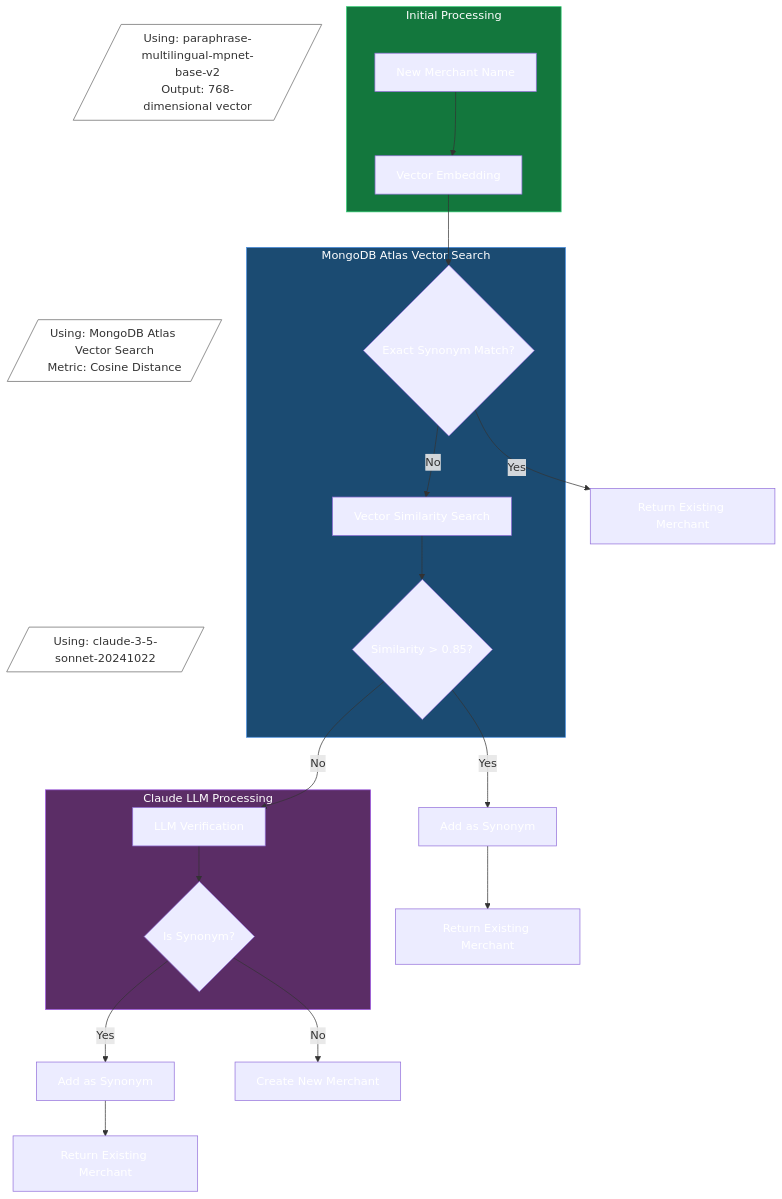
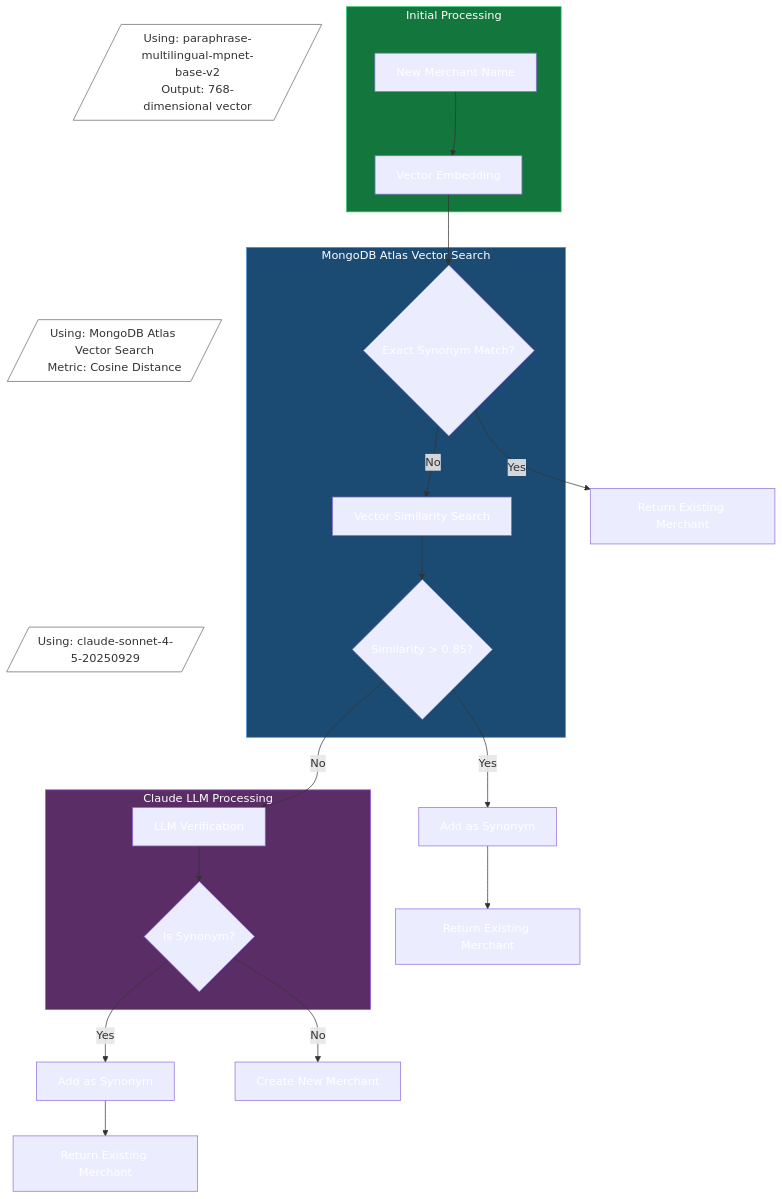
The first of 2 diagrams in streamlit/invoice_processor/README.md (tzehon/genai-examples), drawn with Mermaid before and after one commit. The commit also changed other lines of this file and 2 other files, not shown here.

First line of the commit message:
Update invoice processor to use Claude Sonnet 4.5 and improve setup documentation

````diff
--- a/streamlit/invoice_processor/README.md
+++ b/streamlit/invoice_processor/README.md
@@ -105,47 +238,47 @@
 ```mermaid
 graph TD
     %% Annotations first so they appear behind
     ann1[/"Using: paraphrase-multilingual-mpnet-base-v2<br>Output: 768-dimensional vector"/]
     ann2[/"Using: MongoDB Atlas Vector Search<br>Metric: Cosine Distance"/]
-    ann3[/"Using: claude-3-5-sonnet-20241022"/]
+    ann3[/"Using: claude-sonnet-4-5-20250929"/]
 
     subgraph InitialProcessing["Initial Processing"]
         A[New Merchant Name] --> B[Vector Embedding]
     end
 
     subgraph VectorSearch["MongoDB Atlas Vector Search"]
         B --> C{Exact Synonym Match?}
         C -->|No| E[Vector Similarity Search]
         E --> F{Similarity > 0.85?}
     end
 
     C -->|Yes| D[Return Existing Merchant]
 
     F -->|Yes| G[Add as Synonym]
     G --> H[Return Existing Merchant]
 
     subgraph LLMProcessing["Claude LLM Processing"]
         F -->|No| I[LLM Verification]
         I --> J{Is Synonym?}
     end
 
     J -->|Yes| K[Add as Synonym]
     K --> L[Return Existing Merchant]
     J -->|No| M[Create New Merchant]
 
     %% Connect annotations with transparent edges
     ann1 ~~~ B
     ann2 ~~~ E
     ann3 ~~~ I
 
     classDef initial fill:#13773D,stroke:#2ecc71,color:#fff
     classDef vector fill:#1B4B72,stroke:#4a90e2,color:#fff
     classDef llm fill:#5B2D66,stroke:#9b51e0,color:#fff
     classDef default color:#fff
     classDef annotation fill:#fff,stroke:#666,color:#333
 
     class InitialProcessing initial
     class VectorSearch vector
     class LLMProcessing llm
     class ann1,ann2,ann3 annotation
 ```
````
